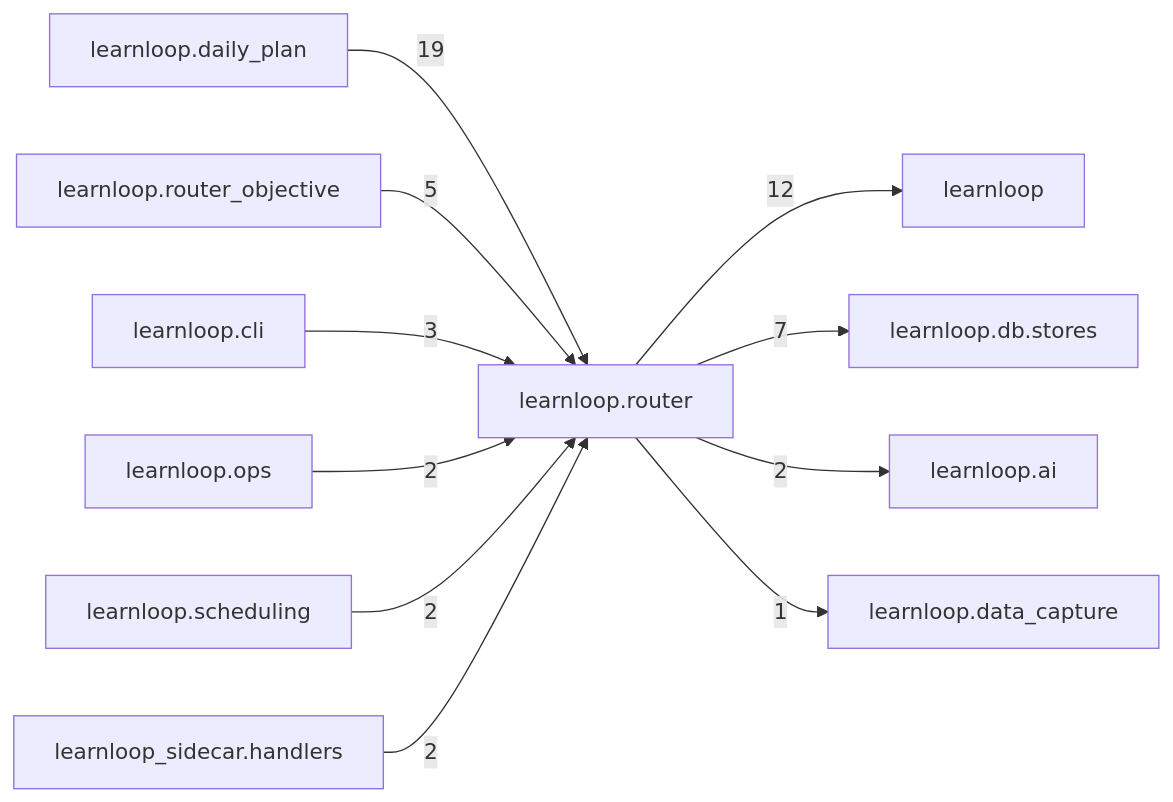
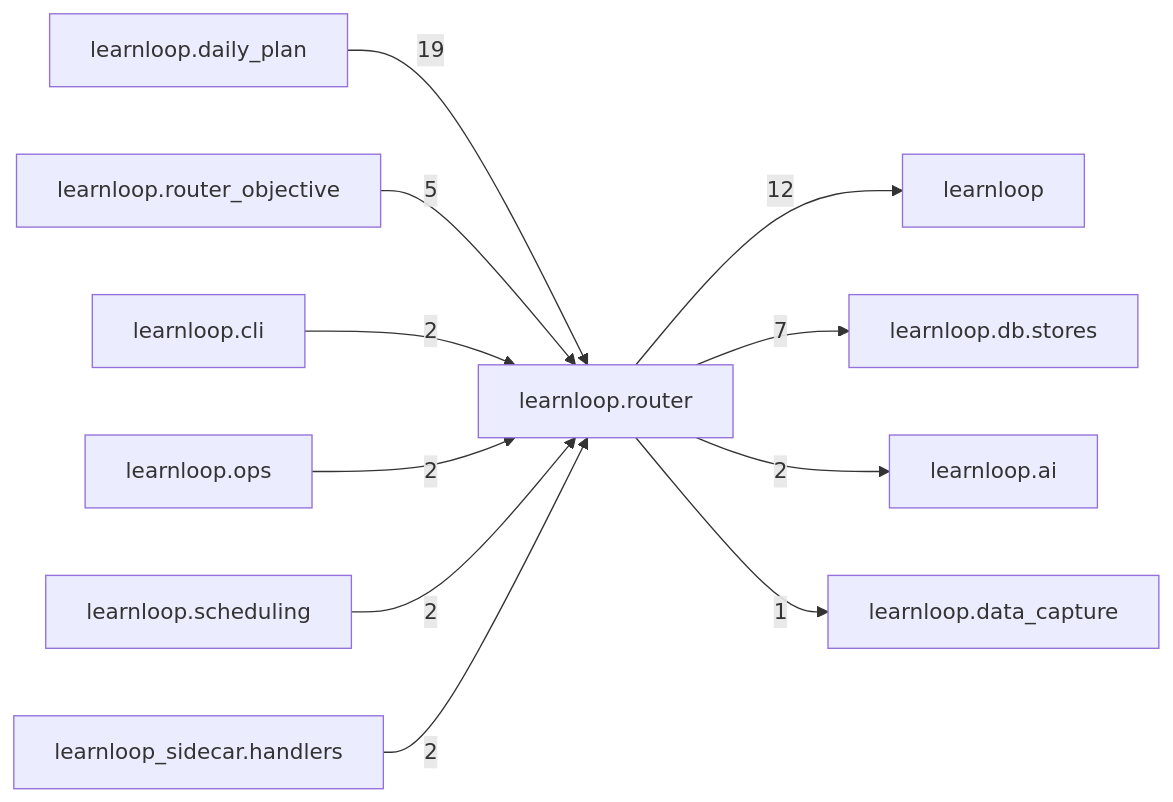
Before and after one commit to 6up-b/learnanything: the diagram in docs/learnloop-architecture-vault/Reference/Modules/learnloop/router/_package.md, drawn with Mermaid. The commit also changed other lines of this file and 67 other files, not shown here.

````diff
--- a/docs/learnloop-architecture-vault/Reference/Modules/learnloop/router/_package.md
+++ b/docs/learnloop-architecture-vault/Reference/Modules/learnloop/router/_package.md
@@ -95,24 +96,24 @@
 ```mermaid
 flowchart LR
     center["learnloop.router"]
     n_learnloop_daily_plan["learnloop.daily_plan"]
     n_learnloop["learnloop"]
     n_learnloop_db_stores["learnloop.db.stores"]
     n_learnloop_router_objective["learnloop.router_objective"]
+    n_learnloop_ai["learnloop.ai"]
     n_learnloop_cli["learnloop.cli"]
-    n_learnloop_ai["learnloop.ai"]
     n_learnloop_ops["learnloop.ops"]
     n_learnloop_scheduling["learnloop.scheduling"]
     n_learnloop_sidecar_handlers["learnloop_sidecar.handlers"]
     n_learnloop_data_capture["learnloop.data_capture"]
     n_learnloop_daily_plan -->|19| center
     center -->|12| n_learnloop
     center -->|7| n_learnloop_db_stores
     n_learnloop_router_objective -->|5| center
-    n_learnloop_cli -->|3| center
     center -->|2| n_learnloop_ai
+    n_learnloop_cli -->|2| center
     n_learnloop_ops -->|2| center
     n_learnloop_scheduling -->|2| center
     n_learnloop_sidecar_handlers -->|2| center
     center -->|1| n_learnloop_data_capture
 ```
````
